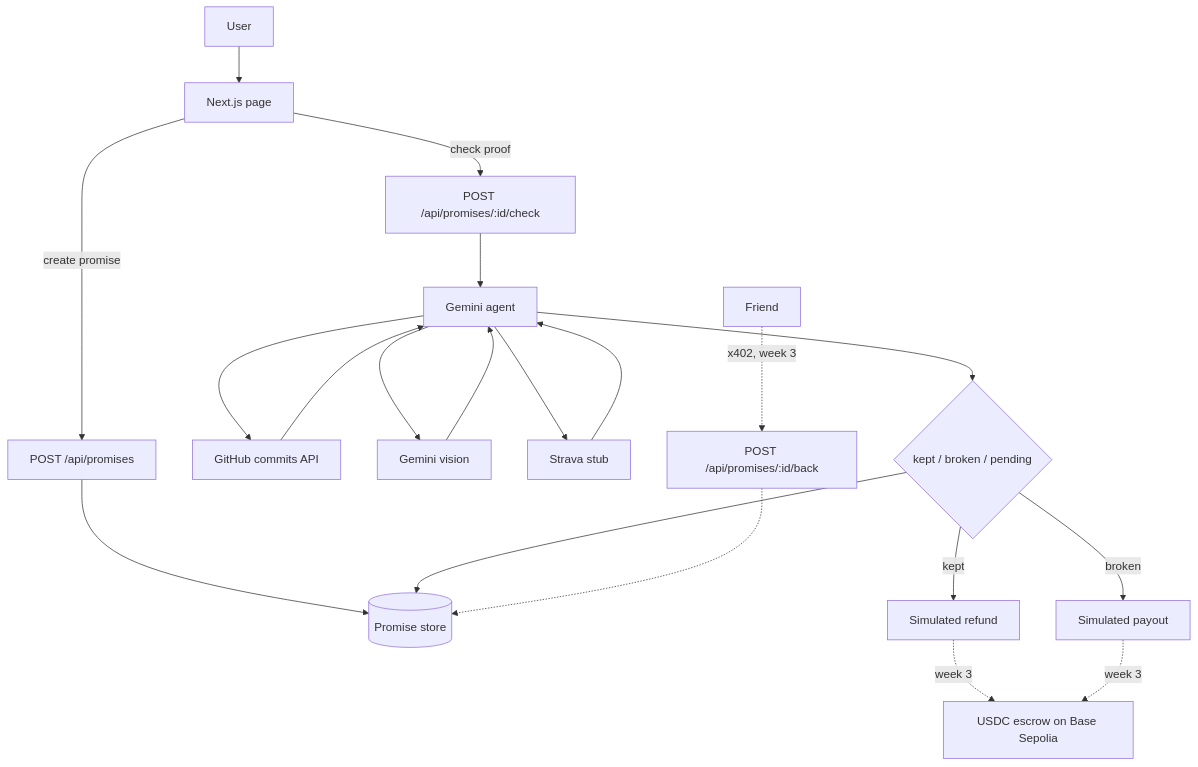
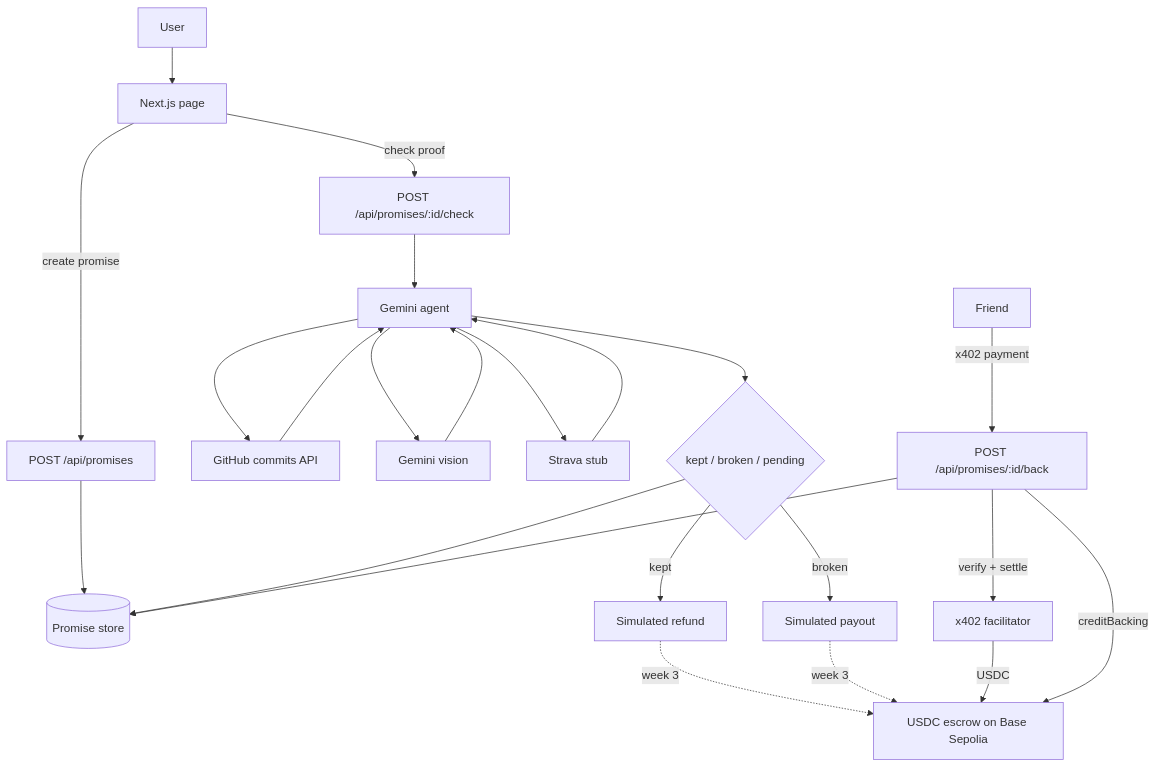
One commit to NotAditya01/agentswappy changed the diagram in README.md. Above: the diagram before and after it, drawn with Mermaid. The commit also changed other lines of this file and 9 other files, not shown here.

````diff
--- a/README.md
+++ b/README.md
@@ -40,22 +41,25 @@
 ```mermaid
 flowchart TD
   User["User"] --> UI["Next.js page"]
   UI -->|create promise| API["POST /api/promises"]
   API --> Store[("Promise store")]
   UI -->|check proof| Check["POST /api/promises/:id/check"]
   Check --> Agent["Gemini agent"]
   Agent --> GH["GitHub commits API"]
   Agent --> Vision["Gemini vision"]
   Agent --> Strava["Strava stub"]
   GH --> Agent
   Vision --> Agent
   Strava --> Agent
   Agent --> Verdict{"kept / broken / pending"}
   Verdict -->|kept| Refund["Simulated refund"]
   Verdict -->|broken| Payout["Simulated payout"]
   Verdict --> Store
   Refund -.->|week 3| Chain["USDC escrow on Base Sepolia"]
   Payout -.->|week 3| Chain
-  Friend["Friend"] -.->|x402, week 3| Back["POST /api/promises/:id/back"]
-  Back -.-> Store
+  Friend["Friend"] -->|x402 payment| Back["POST /api/promises/:id/back"]
+  Back -->|verify + settle| Facilitator["x402 facilitator"]
+  Facilitator -->|USDC| Chain
+  Back -->|creditBacking| Chain
+  Back --> Store
 ```
````
